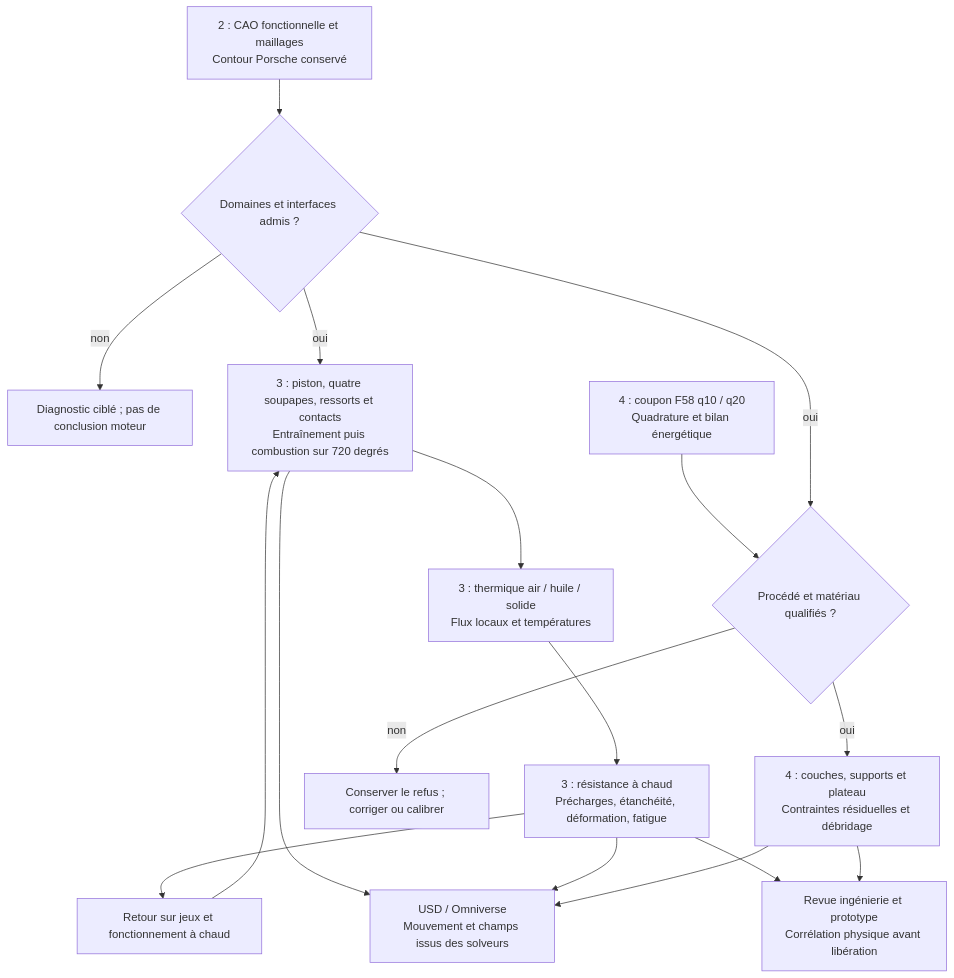
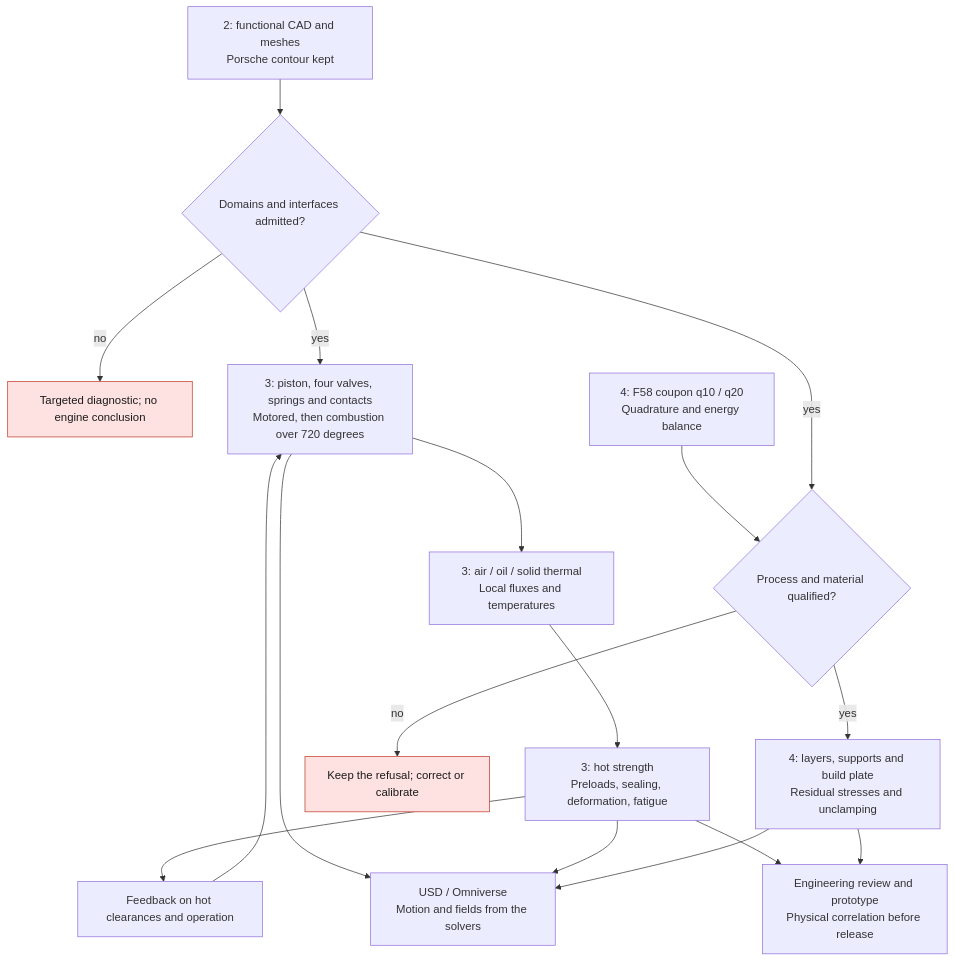
The diagram in docs/reports/M64_JOBS_234_20260912.md (cluster2600/porscheparts), drawn with Mermaid before and after one commit. The commit also changed other lines of this file and 228 other files, not shown here.

````diff
--- a/docs/reports/M64_JOBS_234_20260912.md
+++ b/docs/reports/M64_JOBS_234_20260912.md
@@ -17,19 +17,21 @@
 ```mermaid
 flowchart TD
-    A["2 : CAO fonctionnelle et maillages\nContour Porsche conservé"] --> B{"Domaines et interfaces admis ?"}
-    B -->|non| X["Diagnostic ciblé ; pas de conclusion moteur"]
-    B -->|oui| C["3 : piston, quatre soupapes, ressorts et contacts\nEntraînement puis combustion sur 720 degrés"]
-    C --> D["3 : thermique air / huile / solide\nFlux locaux et températures"]
-    D --> E["3 : résistance à chaud\nPrécharges, étanchéité, déformation, fatigue"]
-    E --> F["Retour sur jeux et fonctionnement à chaud"]
+    A["2: functional CAD and meshes<br/>Porsche contour kept"] --> B{"Domains and interfaces admitted?"}
+    B -->|no| X["Targeted diagnostic; no engine conclusion"]
+    B -->|yes| C["3: piston, four valves, springs and contacts<br/>Motored, then combustion over 720 degrees"]
+    C --> D["3: air / oil / solid thermal<br/>Local fluxes and temperatures"]
+    D --> E["3: hot strength<br/>Preloads, sealing, deformation, fatigue"]
+    E --> F["Feedback on hot clearances and operation"]
     F --> C
-    Q["4 : coupon F58 q10 / q20\nQuadrature et bilan énergétique"] --> R{"Procédé et matériau qualifiés ?"}
-    B -->|oui| R
-    R -->|oui| P["4 : couches, supports et plateau\nContraintes résiduelles et débridage"]
-    R -->|non| Y["Conserver le refus ; corriger ou calibrer"]
-    C --> V["USD / Omniverse\nMouvement et champs issus des solveurs"]
+    Q["4: F58 coupon q10 / q20<br/>Quadrature and energy balance"] --> R{"Process and material qualified?"}
+    B -->|yes| R
+    R -->|yes| P["4: layers, supports and build plate<br/>Residual stresses and unclamping"]
+    R -->|no| Y["Keep the refusal; correct or calibrate"]
+    C --> V["USD / Omniverse<br/>Motion and fields from the solvers"]
     E --> V
     P --> V
-    E --> Z["Revue ingénierie et prototype\nCorrélation physique avant libération"]
+    E --> Z["Engineering review and prototype<br/>Physical correlation before release"]
     P --> Z
+    class X,Y stop
+    classDef stop fill:#fde2e1,stroke:#c0392b,color:#1a1a1a;
 ```
````
